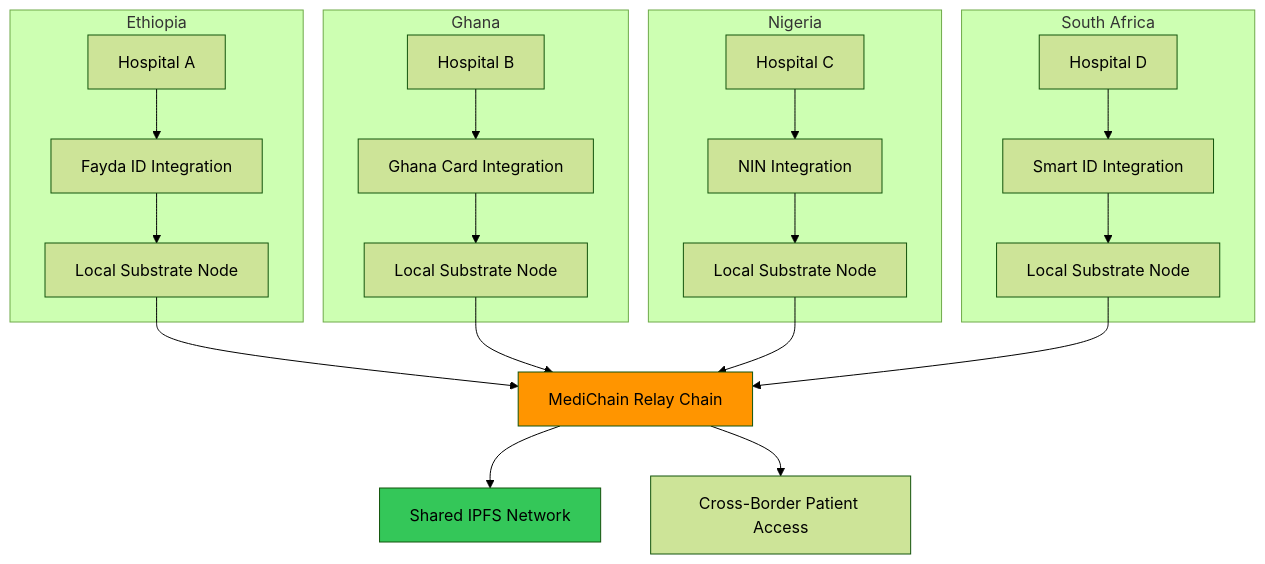
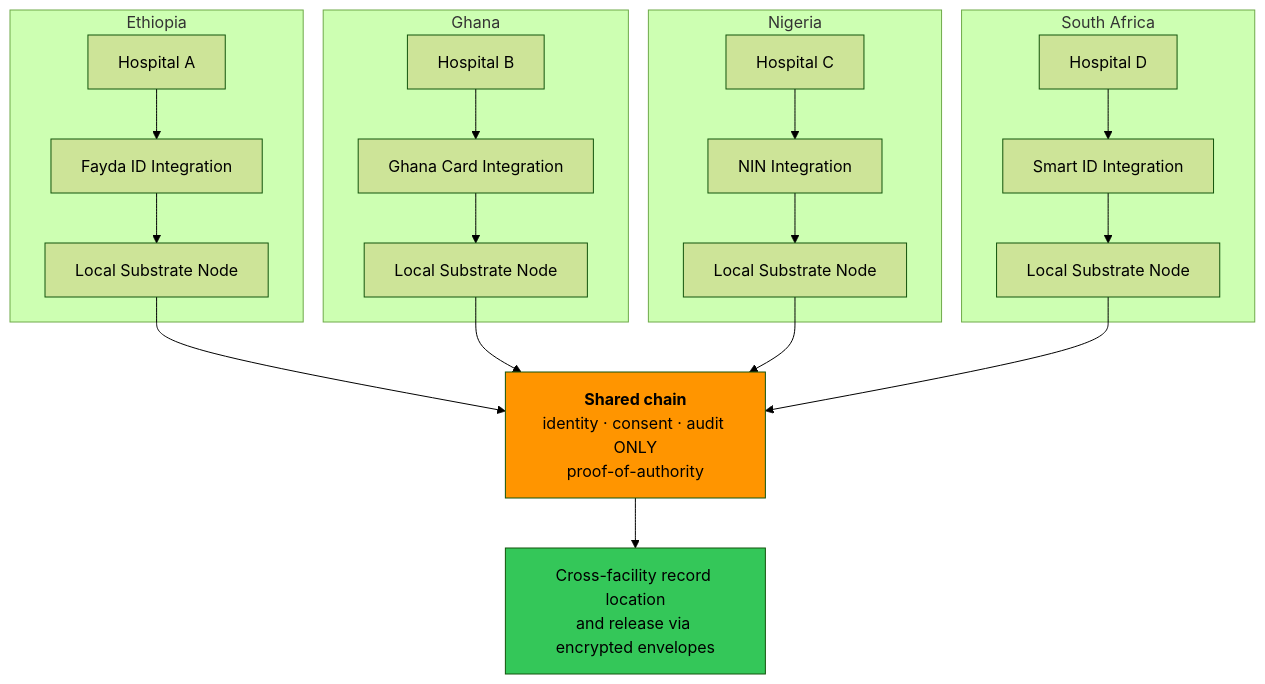
One commit to Lukau-Tech-Invasion/medichain changed the fourth of 6 diagrams in docs/medichain_master_plan.md. Above: the diagram before and after it, drawn with Mermaid (forest theme). The commit also changed other lines of this file and 33 other files, not shown here.

First line of the commit message:
docs: rewrite architecture documentation, add ADRs and diagrams

````diff
--- a/docs/medichain_master_plan.md
+++ b/docs/medichain_master_plan.md
@@ -399,33 +431,34 @@
 ```mermaid
 graph TB
     subgraph "Ethiopia"
         A1[Hospital A] --> B1[Fayda ID Integration]
         B1 --> C1[Local Substrate Node]
     end
     
     subgraph "Ghana"
         A2[Hospital B] --> B2[Ghana Card Integration]
         B2 --> C2[Local Substrate Node]
     end
     
     subgraph "Nigeria"
         A3[Hospital C] --> B3[NIN Integration]
         B3 --> C3[Local Substrate Node]
     end
     
     subgraph "South Africa"
         A4[Hospital D] --> B4[Smart ID Integration]
         B4 --> C4[Local Substrate Node]
     end
     
-    C1 --> D[MediChain Relay Chain]
+    C1 --> D
     C2 --> D
     C3 --> D
     C4 --> D
-    
-    D --> E[Shared IPFS Network]
-    D --> F[Cross-Border Patient Access]
-    
+
+    D["<b>Shared chain</b><br/>identity · consent · audit ONLY<br/>proof-of-authority"]
+
+    D --> F["Cross-facility record location<br/>and release via encrypted envelopes"]
+
     style D fill:#FF9500
-    style E fill:#34C759
+    style F fill:#34C759
 ```
````
